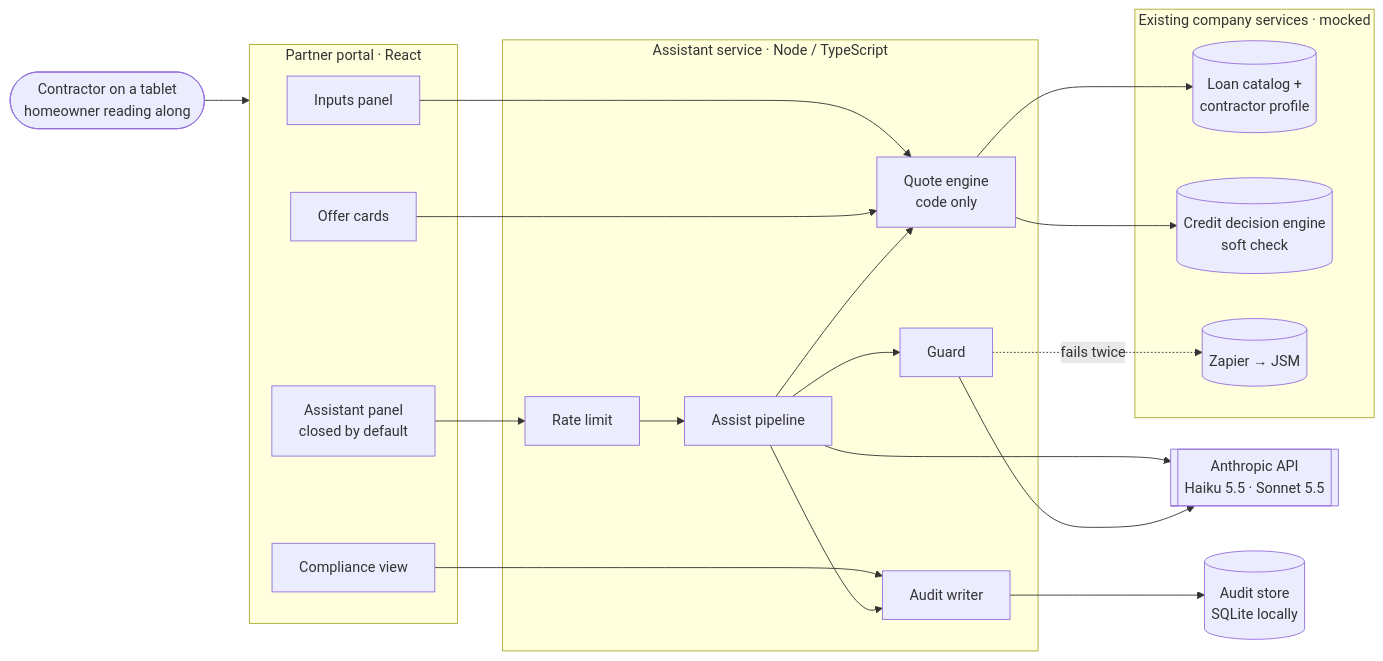
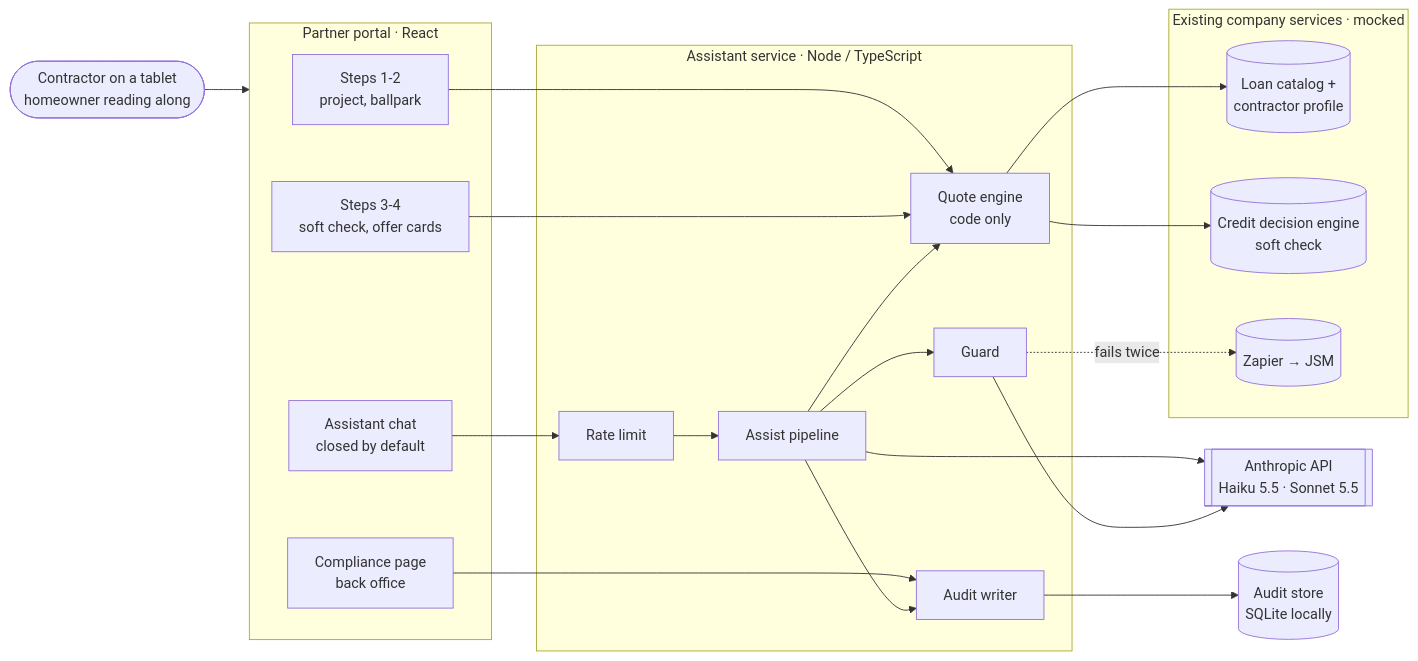
One commit to debudash/loanapp-contractorassist changed the first of 6 diagrams in docs/architecture.md. Above: the diagram before and after it, drawn with Mermaid. The commit also changed other lines of this file and 6 other files, not shown here.

````diff
--- a/docs/architecture.md
+++ b/docs/architecture.md
@@ -11,42 +11,42 @@
 ```mermaid
 flowchart LR
   C([Contractor on a tablet<br/>homeowner reading along])
 
   subgraph Portal["Partner portal · React"]
-    IP[Inputs panel]
-    OC[Offer cards]
-    AP[Assistant panel<br/>closed by default]
-    CV[Compliance view]
+    IP[Steps 1-2<br/>project, ballpark]
+    OC[Steps 3-4<br/>soft check, offer cards]
+    AP[Assistant chat<br/>closed by default]
+    CV[Compliance page<br/>back office]
   end
 
   subgraph Svc["Assistant service · Node / TypeScript"]
     Q[Quote engine<br/>code only]
     A[Assist pipeline]
     G[Guard]
     AU[Audit writer]
     RL[Rate limit]
   end
 
   subgraph Existing["Existing company services · mocked"]
     CAT[(Loan catalog +<br/>contractor profile)]
     DE[(Credit decision engine<br/>soft check)]
     ESC[(Zapier → JSM)]
   end
 
   LLM[[Anthropic API<br/>Haiku 5.5 · Sonnet 5.5]]
   LOG[(Audit store<br/>SQLite locally)]
 
   C --> Portal
   IP --> Q
   OC --> Q
   AP --> RL --> A
   CV --> AU
   Q --> CAT
   Q --> DE
   A --> Q
   A --> LLM
   A --> G
   G --> LLM
   A --> AU --> LOG
   G -. fails twice .-> ESC
 ```
````
